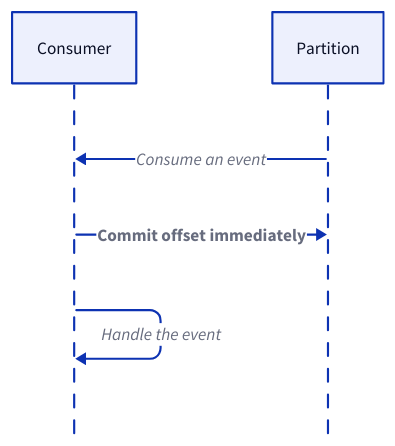
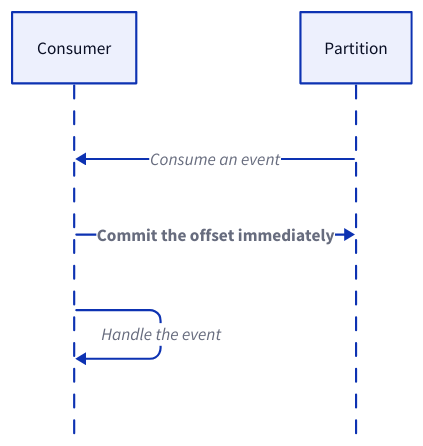
The fifth of 14 diagrams in content/data-persistence/event-streaming-platform/delivery-semantics.md (link1905/system-design-101), drawn with D2 before and after one commit. The commit also changed other lines of this file and 42 other files, not shown here.

````diff
--- a/content/data-persistence/event-streaming-platform/delivery-semantics.md
+++ b/content/data-persistence/event-streaming-platform/delivery-semantics.md
@@ -124,14 +123,14 @@
 ```d2
 shape: sequence_diagram
 c: Consumer {
     class: client
 }
 q: Partition {
     class: mq
 }
 c <- q: Consume an event
-c -> q: Commit offset immediately {
+c -> q: Commit the offset immediately {
     style.bold: true
 }
 c -> c: Handle the event
 ```
````
